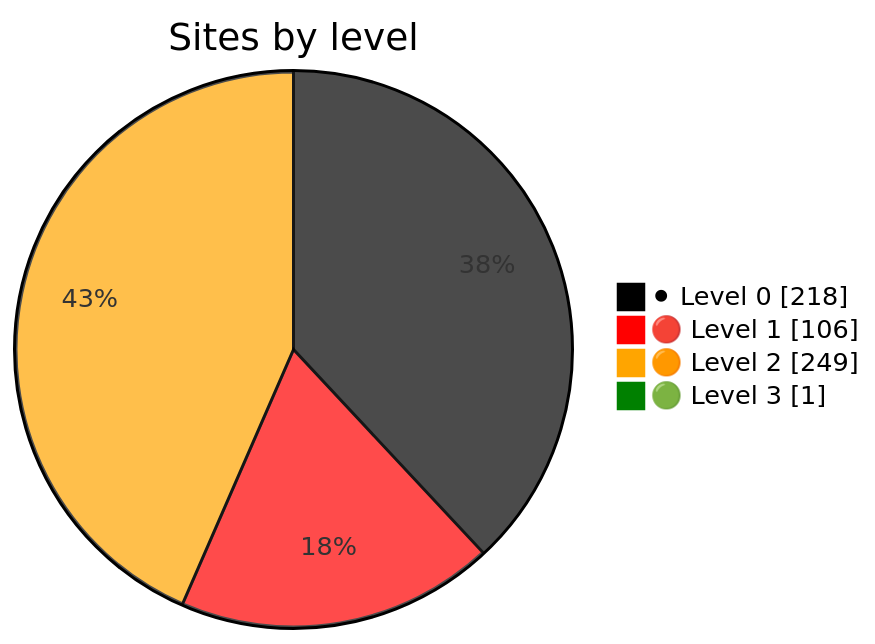
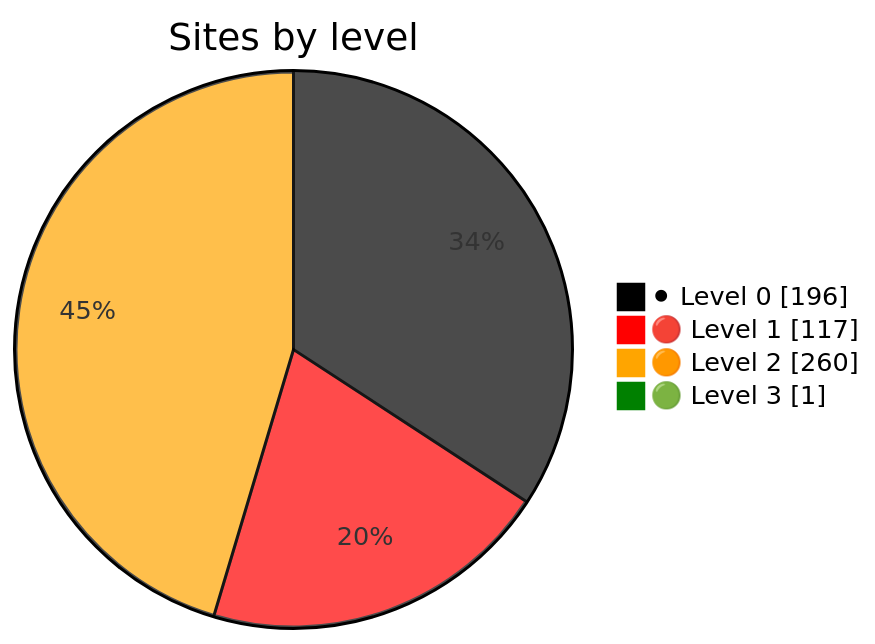
Before and after one commit to Dushmilan/gov_lk_web_auditor: the diagram in README.md, drawn with Mermaid. The commit also changed other lines of this file and 2626 other files, not shown here.

````diff
--- a/README.md
+++ b/README.md
@@ -24,9 +24,9 @@
 ```mermaid
 %%{init: {"themeVariables":{"pie1":"black","pie2":"red","pie3":"orange","pie4":"green"}}}%%
 pie showData
     title Sites by level
-    "⚫ Level 0" : 218
-    "🔴 Level 1" : 106
-    "🟠 Level 2" : 249
+    "⚫ Level 0" : 196
+    "🔴 Level 1" : 117
+    "🟠 Level 2" : 260
     "🟢 Level 3" : 1
 ```
````
